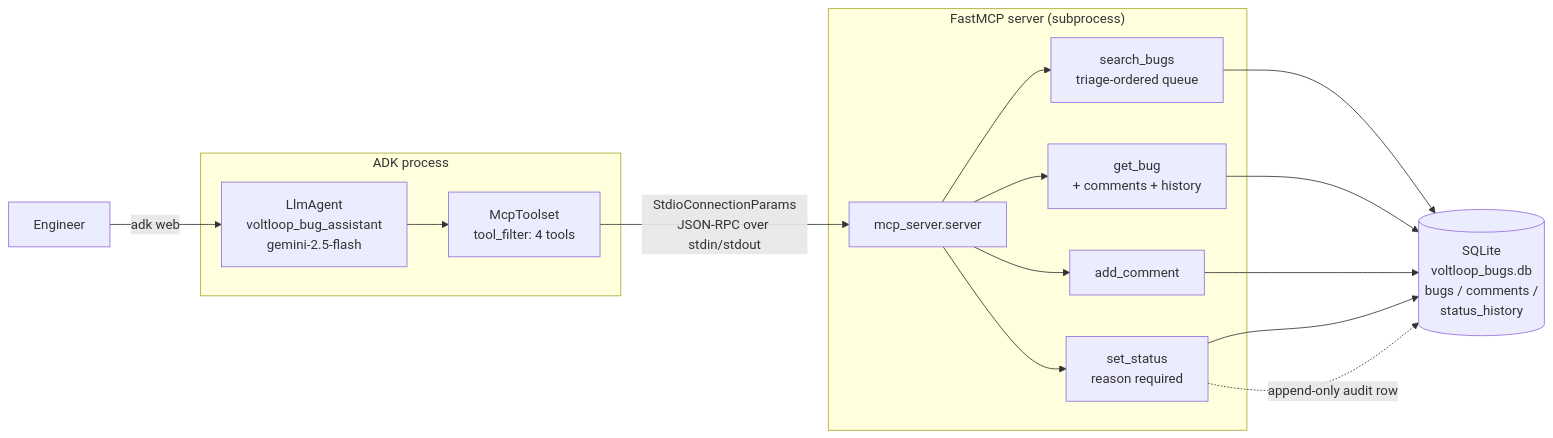
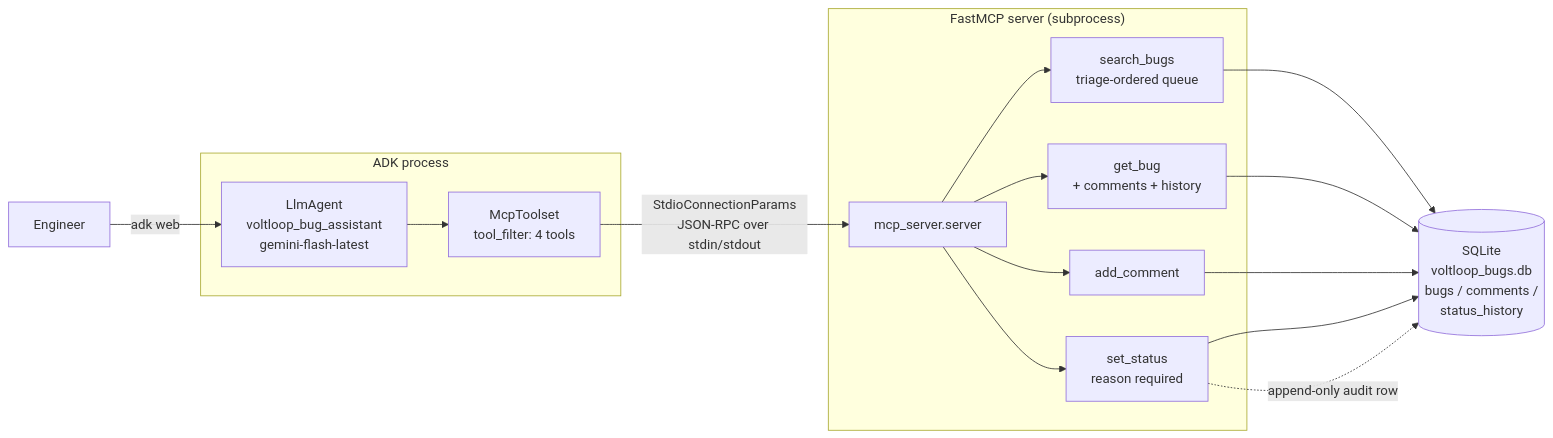
The diagram in assignment3/c_bug_assistant_agent/README.md (Prachii26/CMPE297), drawn with Mermaid before and after one commit. The commit also changed other lines of this file and 5 other files, not shown here.

````diff
--- a/assignment3/c_bug_assistant_agent/README.md
+++ b/assignment3/c_bug_assistant_agent/README.md
@@ -16,24 +16,24 @@
 ```mermaid
 flowchart LR
     U["Engineer"] -->|"adk web"| A
 
     subgraph ADK["ADK process"]
-        A["LlmAgent<br/>voltloop_bug_assistant<br/>gemini-2.5-flash"]
+        A["LlmAgent<br/>voltloop_bug_assistant<br/>gemini-flash-latest"]
         T["McpToolset<br/>tool_filter: 4 tools"]
         A --> T
     end
 
     T -->|"StdioConnectionParams<br/>JSON-RPC over stdin/stdout"| S
 
     subgraph MCP["FastMCP server (subprocess)"]
         S["mcp_server.server"]
         S --> T1["search_bugs<br/>triage-ordered queue"]
         S --> T2["get_bug<br/>+ comments + history"]
         S --> T3["add_comment"]
         S --> T4["set_status<br/>reason required"]
     end
 
     T1 & T2 & T3 & T4 --> DB[("SQLite<br/>voltloop_bugs.db<br/>bugs / comments /<br/>status_history")]
 
     T4 -.->|"append-only audit row"| DB
 ```
````
